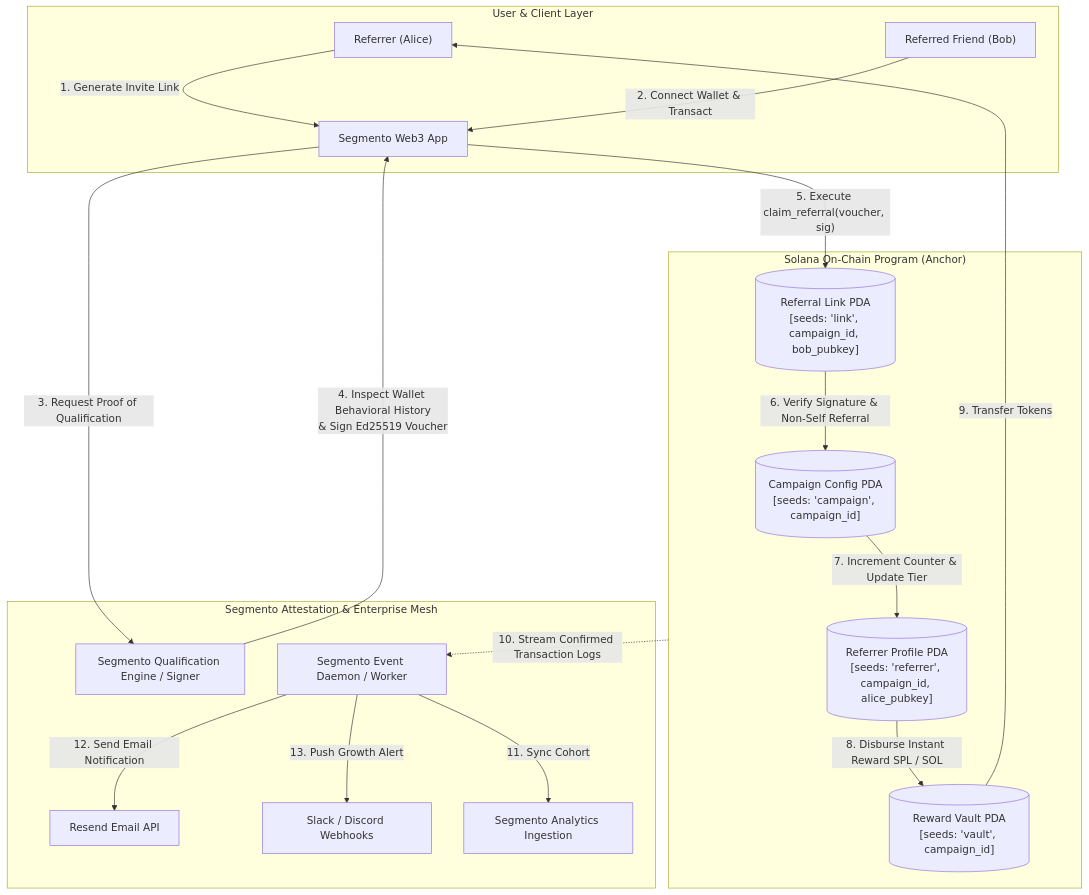
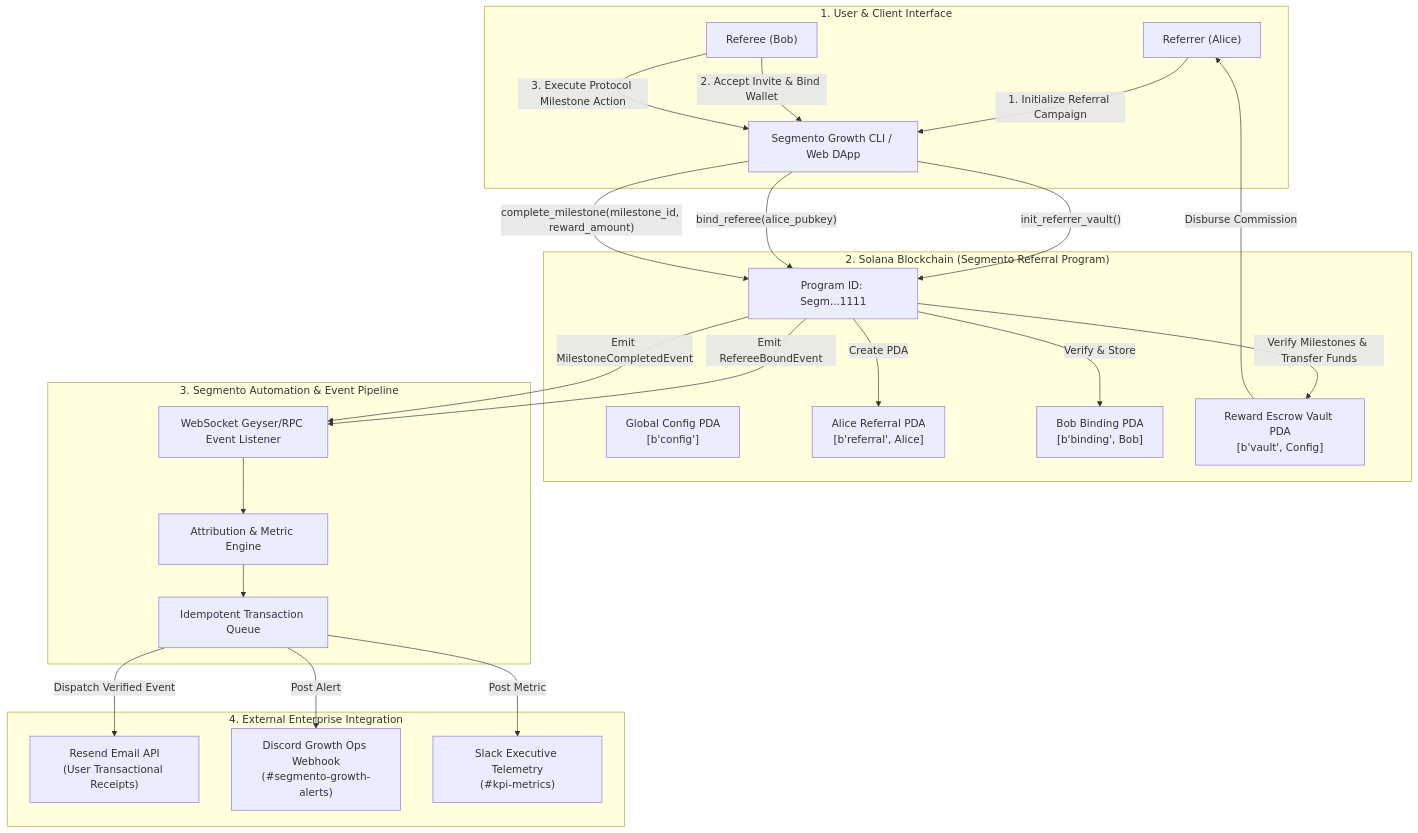
The diagram in README.md (wiliancolomboo-tech/web3-bring-your-friends-to-segmento-6aaaa6), drawn with Mermaid before and after one commit. The commit also changed other lines of this file and 217 other files, not shown here.

````diff
--- a/README.md
+++ b/README.md
@@ -42,40 +29,49 @@
 ```mermaid
 flowchart TD
-    subgraph Client & Frontend ["User & Client Layer"]
-        Ref["Referrer (Alice)"]
-        NewU["Referred Friend (Bob)"]
-        UI["Segmento Web3 App"]
+    subgraph ClientLayer ["1. User & Client Interface"]
+        Referrer["Referrer (Alice)"]
+        Referee["Referee (Bob)"]
+        CLI["Segmento Growth CLI / Web DApp"]
     end
 
-    subgraph OffChainEngine ["Segmento Attestation & Enterprise Mesh"]
-        Oracle["Segmento Qualification Engine / Signer"]
-        Worker["Segmento Event Daemon / Worker"]
-        ResendAPI["Resend Email API"]
-        SlackAPI["Slack / Discord Webhooks"]
-        SegmentoAPI["Segmento Analytics Ingestion"]
+    subgraph SolanaOnChain ["2. Solana Blockchain (Segmento Referral Program)"]
+        Prog["Program ID: Segm...1111"]
+        ConfigPDA["Global Config PDA\n[b'config']"]
+        ReferralPDA["Alice Referral PDA\n[b'referral', Alice]"]
+        RefereeBindingPDA["Bob Binding PDA\n[b'binding', Bob]"]
+        EscrowVaultPDA["Reward Escrow Vault PDA\n[b'vault', Config]"]
     end
 
-    subgraph SolanaCluster ["Solana On-Chain Program (Anchor)"]
-        CampaignPDA[("Campaign Config PDA\n[seeds: 'campaign', campaign_id]")]
-        VaultPDA[("Reward Vault PDA\n[seeds: 'vault', campaign_id]")]
-        ReferrerPDA[("Referrer Profile PDA\n[seeds: 'referrer', campaign_id, alice_pubkey]")]
-        ReferralLinkPDA[("Referral Link PDA\n[seeds: 'link', campaign_id, bob_pubkey]")]
+    subgraph OffChainDaemon ["3. Segmento Automation & Event Pipeline"]
+        WSListener["WebSocket Geyser/RPC Event Listener"]
+        Engine["Attribution & Metric Engine"]
+        Queue["Idempotent Transaction Queue"]
     end
 
-    %% Flow steps
-    Ref -->|"1. Generate Invite Link"| UI
-    NewU -->|"2. Connect Wallet & Transact"| UI
-    UI -->|"3. Request Proof of Qualification"| Oracle
-    Oracle -->|"4. Inspect Wallet Behavioral History\n& Sign Ed25519 Voucher"| UI
-    UI -->|"5. Execute claim_referral(voucher, sig)"| ReferralLinkPDA
-    
-    ReferralLinkPDA -->|"6. Verify Signature & Non-Self Referral"| CampaignPDA
-    CampaignPDA -->|"7. Increment Counter & Update Tier"| ReferrerPDA
-    ReferrerPDA -->|"8. Disburse Instant Reward SPL / SOL"| VaultPDA
-    VaultPDA -->|"9. Transfer Tokens"| Ref
+    subgraph EnterpriseServices ["4. External Enterprise Integration"]
+        ResendAPI["Resend Email API\n(User Transactional Receipts)"]
+        DiscordHook["Discord Growth Ops Webhook\n(#segmento-growth-alerts)"]
+        SlackHook["Slack Executive Telemetry\n(#kpi-metrics)"]
+    end
 
-    SolanaCluster -.->|"10. Stream Confirmed Transaction Logs"| Worker
-    Worker -->|"11. Sync Cohort"| SegmentoAPI
-    Worker -->|"12. Send Email Notification"| ResendAPI
-    Worker -->|"13. Push Growth Alert"| SlackAPI
+    Referrer -->|"1. Initialize Referral Campaign"| CLI
+    CLI -->|"init_referrer_vault()"| Prog
+    Prog -->|"Create PDA"| ReferralPDA
+
+    Referee -->|"2. Accept Invite & Bind Wallet"| CLI
+    CLI -->|"bind_referee(alice_pubkey)"| Prog
+    Prog -->|"Verify & Store"| RefereeBindingPDA
+    Prog -->|"Emit RefereeBoundEvent"| WSListener
+
+    Referee -->|"3. Execute Protocol Milestone Action"| CLI
+    CLI -->|"complete_milestone(milestone_id, reward_amount)"| Prog
+    Prog -->|"Verify Milestones & Transfer Funds"| EscrowVaultPDA
+    EscrowVaultPDA -->|"Disburse Commission"| Referrer
+    Prog -->|"Emit MilestoneCompletedEvent"| WSListener
+
+    WSListener --> Engine
+    Engine --> Queue
+    Queue -->|"Dispatch Verified Event"| ResendAPI
+    Queue -->|"Post Alert"| DiscordHook
+    Queue -->|"Post Metric"| SlackHook
 ```
````
